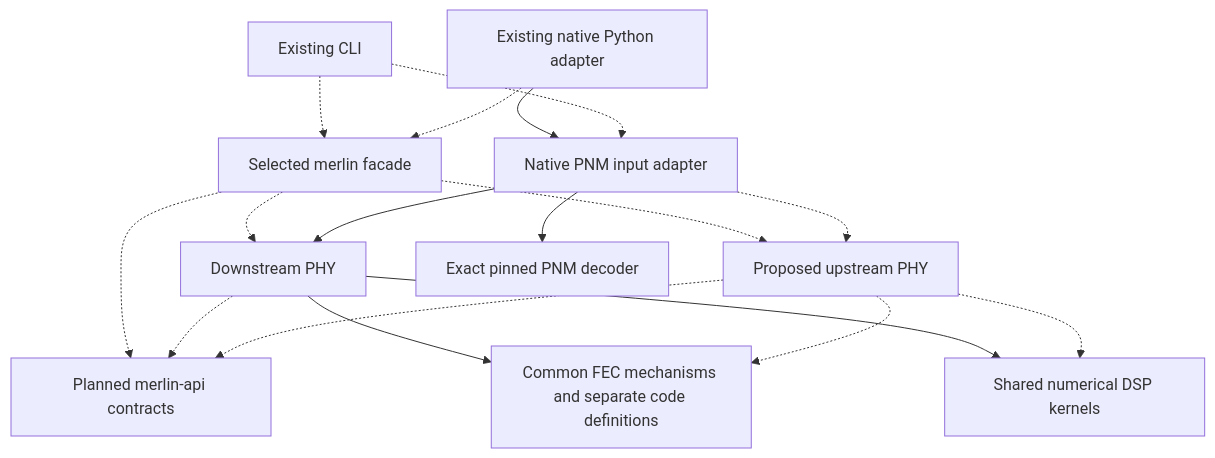
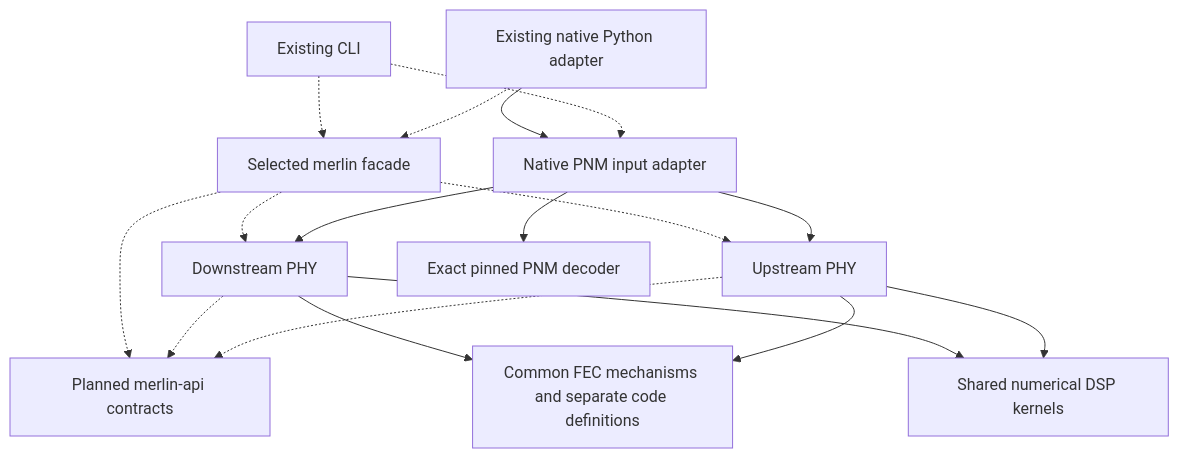
Before and after one commit to mgarcia01752/merlin: the first of 5 diagrams in docs/architecture.md, drawn with Mermaid. The commit also changed other lines of this file and 19 other files, not shown here.

````diff
--- a/docs/architecture.md
+++ b/docs/architecture.md
@@ -138,19 +138,19 @@
 ```mermaid
 flowchart TD
     CLI[Existing CLI] -.-> ROOT[Selected merlin facade]
     PY[Existing native Python adapter] -.-> ROOT
     ROOT -.-> DS[Downstream PHY]
-    ROOT -.-> US[Proposed upstream PHY]
+    ROOT -.-> US[Upstream PHY]
     ROOT -.-> API[Planned merlin-api contracts]
     DS -.-> API
     US -.-> API
     PY --> INPUT[Native PNM input adapter]
     CLI -.-> INPUT
     INPUT --> DS
-    INPUT -.-> US
+    INPUT --> US
     INPUT --> PNM[Exact pinned PNM decoder]
     DS --> FEC[Common FEC mechanisms and separate code definitions]
-    US -.-> FEC
+    US --> FEC
     DS --> DSP[Shared numerical DSP kernels]
-    US -.-> DSP
+    US --> DSP
 ```
````
